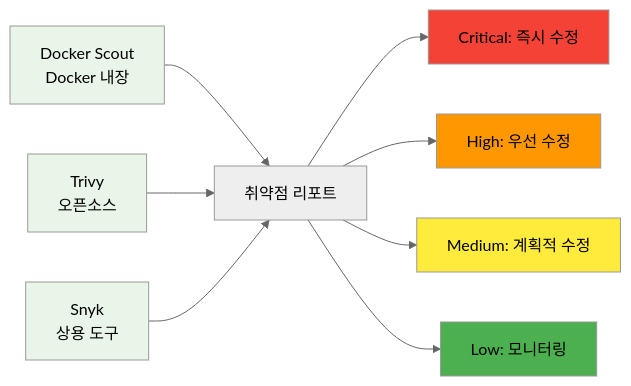
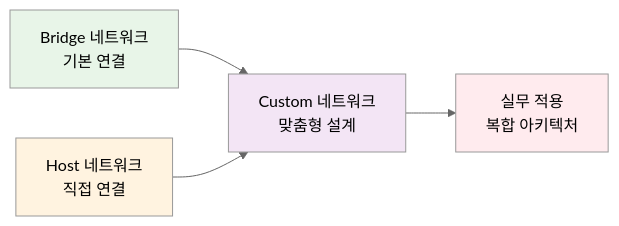
The fourth of 4 diagrams in theory/week_02/day1/session_1.md (niceguy61/kdt_devops_lecture_2025), drawn with Mermaid (neutral theme) before and after one commit. The commit also changed other lines of this file and 70 other files, not shown here.

````diff
--- a/theory/week_02/day1/session_1.md
+++ b/theory/week_02/day1/session_1.md
@@ -97,19 +154,11 @@
 ```mermaid
 graph LR
-    A[Docker Scout<br/>Docker 내장] --> D[취약점 리포트]
-    B[Trivy<br/>오픈소스] --> D
-    C[Snyk<br/>상용 도구] --> D
-    
-    D --> E[Critical: 즉시 수정]
-    D --> F[High: 우선 수정]
-    D --> G[Medium: 계획적 수정]
-    D --> H[Low: 모니터링]
+    A[Bridge 네트워크<br/>기본 연결] --> C[Custom 네트워크<br/>맞춤형 설계]
+    B[Host 네트워크<br/>직접 연결] --> C
+    C --> D[실무 적용<br/>복합 아키텍처]
     
     style A fill:#e8f5e8
-    style B fill:#e8f5e8
-    style C fill:#e8f5e8
-    style E fill:#f44336
-    style F fill:#ff9800
-    style G fill:#ffeb3b
-    style H fill:#4caf50
+    style B fill:#fff3e0
+    style C fill:#f3e5f5
+    style D fill:#ffebee
 ```
````
